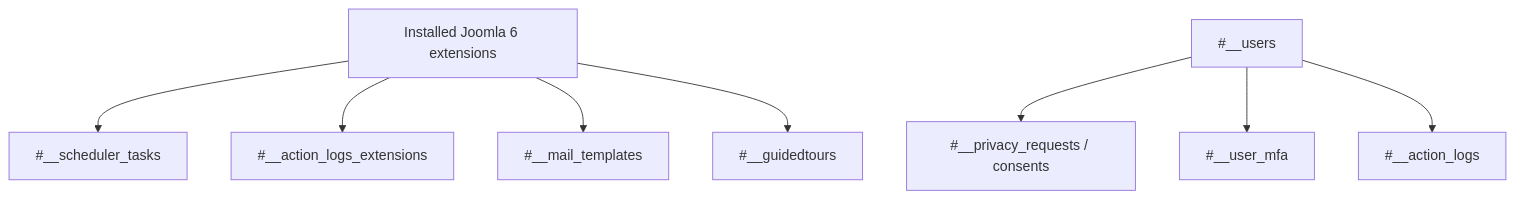
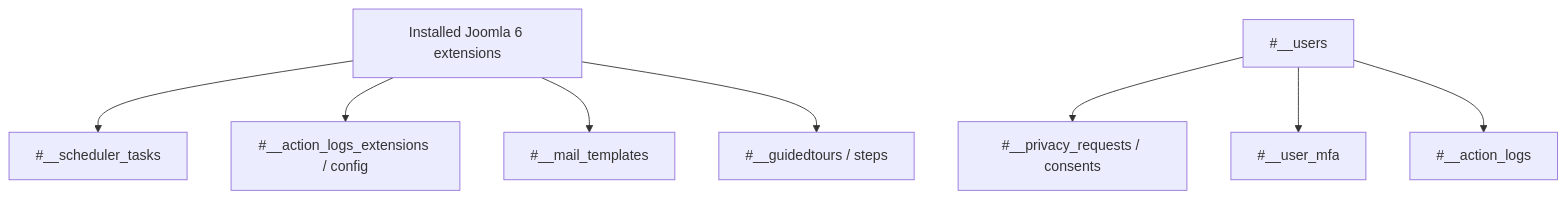
Diagram 17 of 21 in docs/joomla/learning/database/joomla3-vs-joomla6-erd-gap-diagrams.md (duyduyly/php-notebook), drawn with Mermaid before and after one commit. The commit also changed other lines of this file, not shown here.

Commit message:
docs: improve Joomla 3 vs Joomla 6 ERD gap diagrams

````diff
--- a/docs/joomla/learning/database/joomla3-vs-joomla6-erd-gap-diagrams.md
+++ b/docs/joomla/learning/database/joomla3-vs-joomla6-erd-gap-diagrams.md
@@ -493,13 +591,14 @@
 ```mermaid
 flowchart TD
-    EXTENSIONS["Installed Joomla 6 extensions"]
+    EXT["Installed Joomla 6 extensions"]
+    USERS["#__users"]
 
-    EXTENSIONS --> SCHED["#__scheduler_tasks"]
-    EXTENSIONS --> ACTION["#__action_logs_extensions"]
-    EXTENSIONS --> MAIL["#__mail_templates"]
-    EXTENSIONS --> TOURS["#__guidedtours"]
+    EXT --> SCHED["#__scheduler_tasks"]
+    EXT --> ACTIONCFG["#__action_logs_extensions / config"]
+    EXT --> MAIL["#__mail_templates"]
+    EXT --> TOURS["#__guidedtours / steps"]
 
-    USERS["#__users"] --> PRIVACY["#__privacy_requests / consents"]
+    USERS --> PRIVACY["#__privacy_requests / consents"]
     USERS --> MFA["#__user_mfa"]
-    USERS --> LOGS["#__action_logs"]
+    USERS --> ACTIONS["#__action_logs"]
 ```
````
